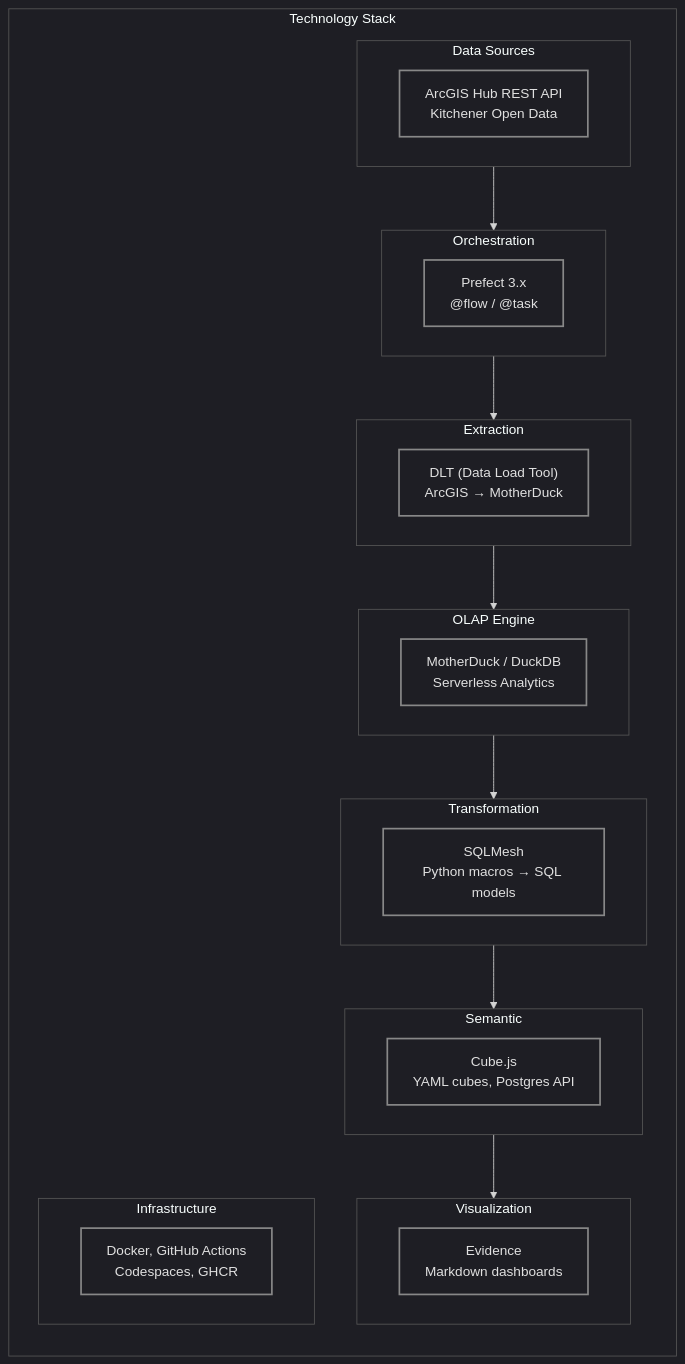
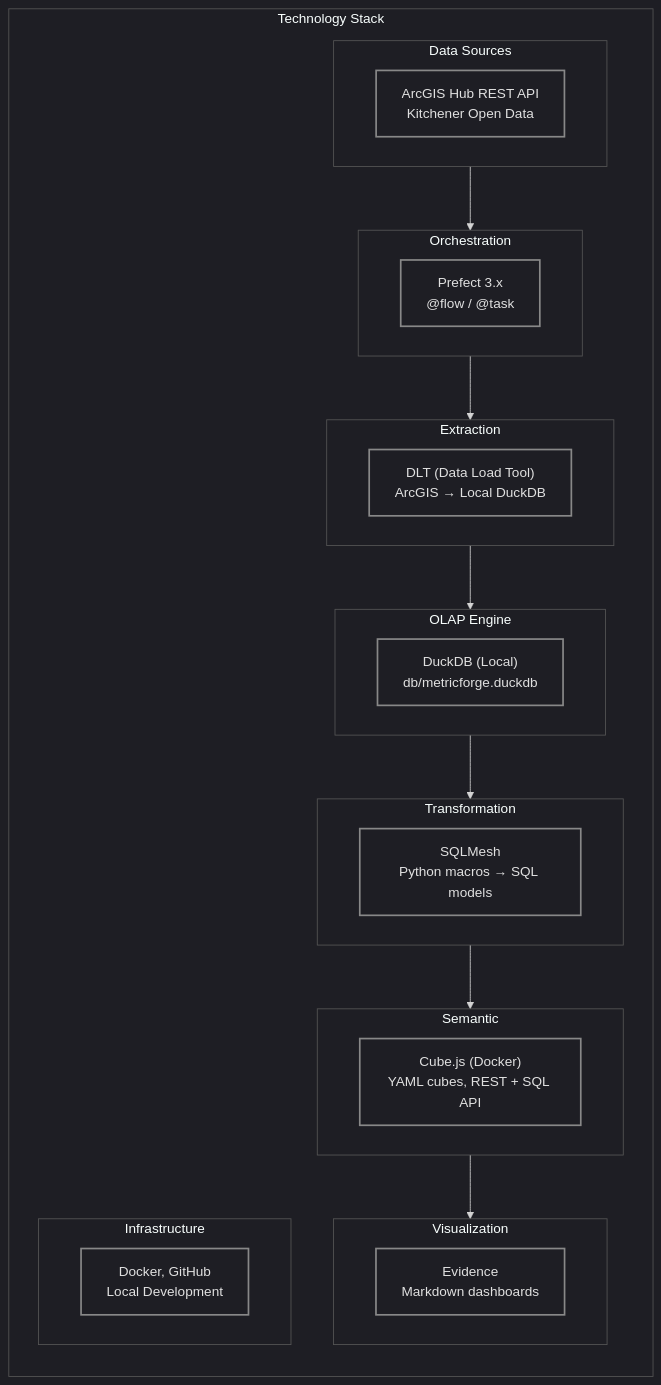
One commit to MetricForge-Analytics-Inc/MetricForge-City-Foundation changed the ninth of 9 diagrams in Documentation/Architecture/system-architecture.md. Above: the diagram before and after it, drawn with Mermaid. The commit also changed other lines of this file and 3 other files, not shown here.

First line of the commit message:
docs: update all documentation to reflect current architecture

````diff
--- a/Documentation/Architecture/system-architecture.md
+++ b/Documentation/Architecture/system-architecture.md
@@ -291,35 +286,35 @@
 ```mermaid
 %%{init: {'theme': 'dark', 'themeVariables': {'mainBkg': 'transparent', 'nodeBorder': '#555', 'clusterBkg': 'transparent', 'clusterBorder': '#555'}}}%%
 flowchart TB
     classDef layer fill:none,color:#e0e0e0,stroke:#888,stroke-width:2px
 
     subgraph STACK ["Technology Stack"]
         direction TB
         subgraph SOURCES ["Data Sources"]
             A["ArcGIS Hub REST API<br/>Kitchener Open Data"]:::layer
         end
         subgraph ORCHESTRATION ["Orchestration"]
             B["Prefect 3.x<br/>@flow / @task"]:::layer
         end
         subgraph EXT ["Extraction"]
-            C["DLT (Data Load Tool)<br/>ArcGIS → MotherDuck"]:::layer
+            C["DLT (Data Load Tool)<br/>ArcGIS → Local DuckDB"]:::layer
         end
         subgraph OLAP ["OLAP Engine"]
-            D["MotherDuck / DuckDB<br/>Serverless Analytics"]:::layer
+            D["DuckDB (Local)<br/>db/metricforge.duckdb"]:::layer
         end
         subgraph XFORM ["Transformation"]
             E["SQLMesh<br/>Python macros → SQL models"]:::layer
         end
         subgraph SEM ["Semantic"]
-            F["Cube.js<br/>YAML cubes, Postgres API"]:::layer
+            F["Cube.js (Docker)<br/>YAML cubes, REST + SQL API"]:::layer
         end
         subgraph VIZL ["Visualization"]
             G["Evidence<br/>Markdown dashboards"]:::layer
         end
         subgraph INFRA ["Infrastructure"]
-            H["Docker, GitHub Actions<br/>Codespaces, GHCR"]:::layer
+            H["Docker, GitHub<br/>Local Development"]:::layer
         end
 
         SOURCES --> ORCHESTRATION --> EXT --> OLAP --> XFORM --> SEM --> VIZL
     end
 ```
````
